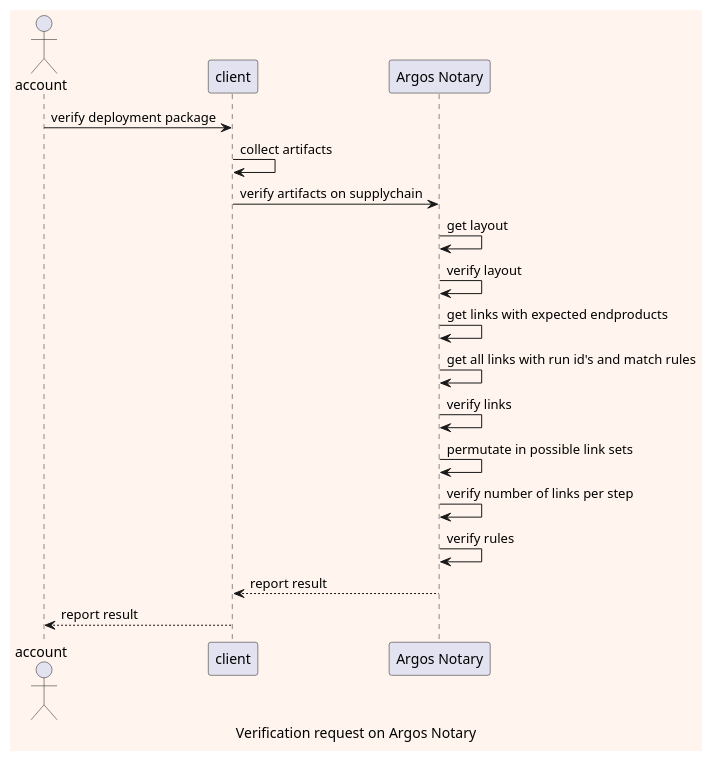
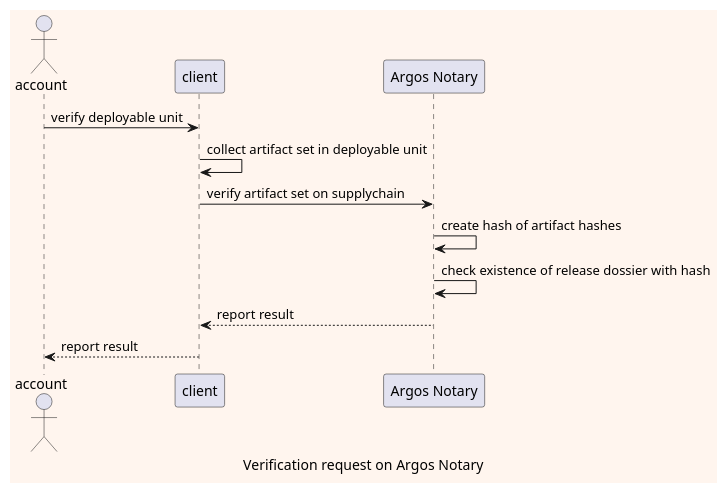
One commit to argosnotary/docs changed the diagram in static/img/plantuml/70_reference_verification_flow.puml. Above: the diagram before and after it, drawn with PlantUML. The commit also changed 189 other files, not shown here.

```diff
--- a/static/img/plantuml/70_reference_verification_flow.puml
+++ b/static/img/plantuml/70_reference_verification_flow.puml
@@ -17,27 +17,19 @@
 @startuml
 
 caption Verification request on Argos Notary
 
 skinparam shadowing<<with_shadow>> true
 skinparam backgroundColor #SeaShell
 
 actor account
 participant client as client
 participant "Argos Notary" as argos
 
-account -> client: verify deployment package
-client -> client: collect artifacts
-
-client -> argos: verify artifacts on supplychain
-argos -> argos: get layout
-argos -> argos: verify layout
-argos -> argos: get links with expected endproducts
-argos -> argos: get all links with run id's and match rules
-argos -> argos: verify links
-argos -> argos: permutate in possible link sets
-argos -> argos: verify number of links per step
-argos -> argos: verify rules
+account -> client: verify deployable unit
+client -> client: collect artifact set in deployable unit
+client -> argos: verify artifact set on supplychain
+argos -> argos: create hash of artifact hashes
+argos -> argos: check existence of release dossier with hash
 argos --> client: report result
 client --> account: report result
-
 @enduml
```
